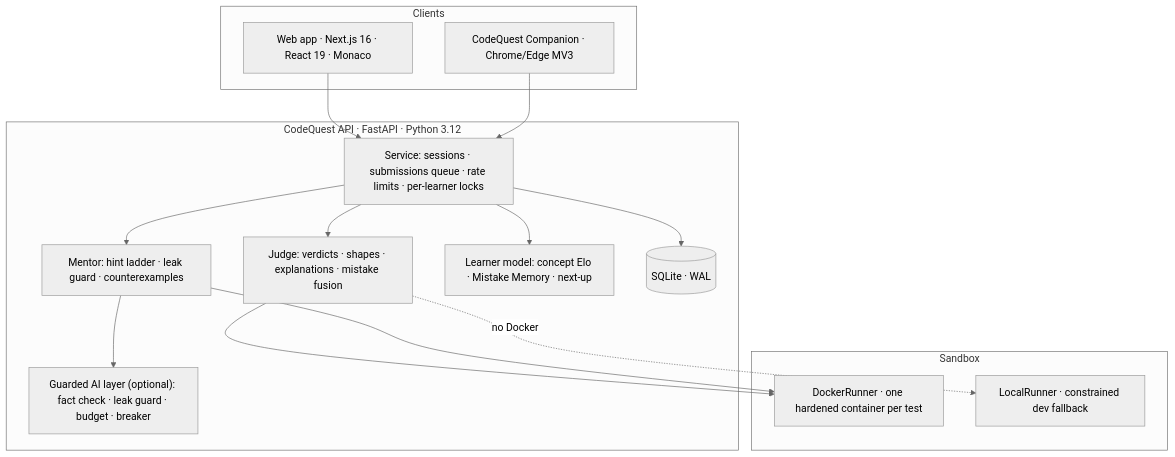
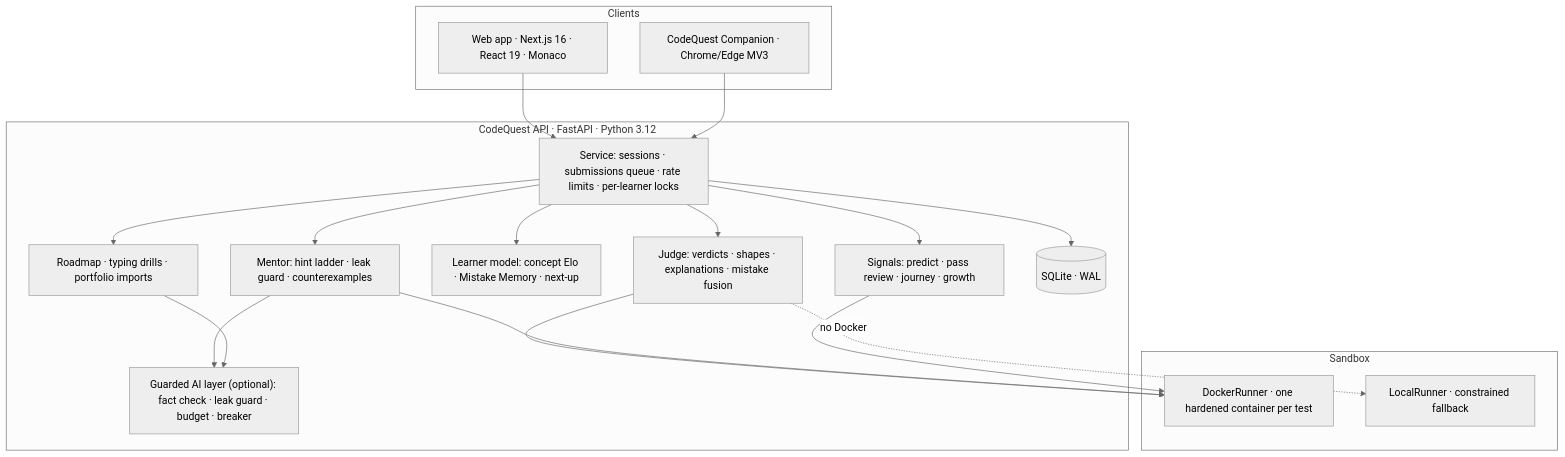
The third of 3 diagrams in README.md (HarshalAndhale9657/CodeQuest-AI-AI-Coding-Mentor-Debugging-Missions), drawn with Mermaid (neutral theme) before and after one commit. The commit also changed other lines of this file and 4 other files, not shown here.

````diff
--- a/README.md
+++ b/README.md
@@ -167,27 +196,31 @@
 ```mermaid
 flowchart TD
     subgraph Clients
         Web["Web app · Next.js 16 · React 19 · Monaco"]
         Ext["CodeQuest Companion · Chrome/Edge MV3"]
     end
     subgraph API["CodeQuest API · FastAPI · Python 3.12"]
         Svc["Service: sessions · submissions queue · rate limits · per-learner locks"]
         Judge["Judge: verdicts · shapes · explanations · mistake fusion"]
         Mentor["Mentor: hint ladder · leak guard · counterexamples"]
         Learner["Learner model: concept Elo · Mistake Memory · next-up"]
+        Signals["Signals: predict · pass review · journey · growth"]
+        Plan["Roadmap · typing drills · portfolio imports"]
         AI["Guarded AI layer (optional): fact check · leak guard · budget · breaker"]
         Store[("SQLite · WAL")]
     end
     subgraph Sandbox
         Docker["DockerRunner · one hardened container per test"]
-        Local["LocalRunner · constrained dev fallback"]
+        Local["LocalRunner · constrained fallback"]
     end
     Web --> Svc
     Ext --> Svc
     Svc --> Judge --> Docker
     Judge -.->|no Docker| Local
     Svc --> Mentor --> AI
     Mentor --> Docker
     Svc --> Learner
+    Svc --> Signals --> Docker
+    Svc --> Plan --> AI
     Svc --> Store
 ```
````
